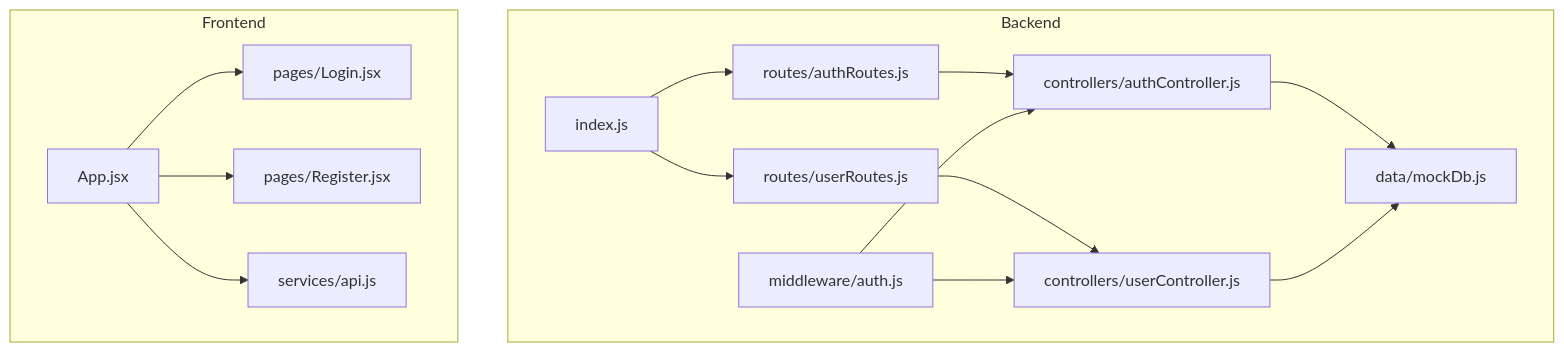
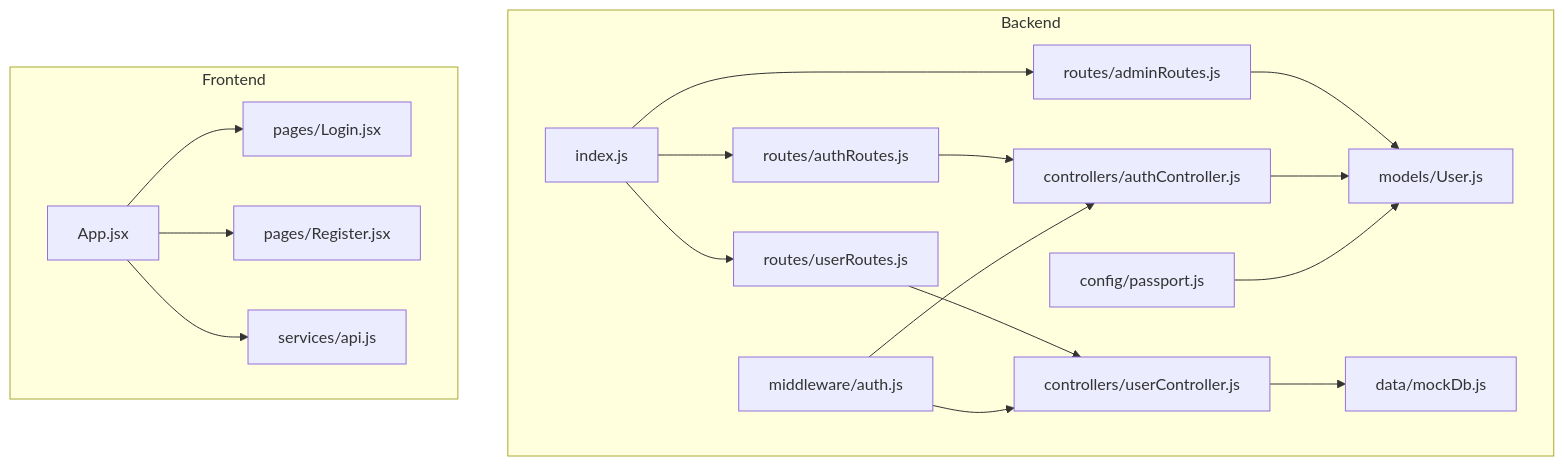
Before and after one commit to ganesh-NB/readsphere: the first of 8 diagrams in .qoder/repowiki/en/content/Authentication and Authorization/Authentication and Authorization.md, drawn with Mermaid. The commit also changed other lines of this file and 46 other files, not shown here.

````diff
--- a/.qoder/repowiki/en/content/Authentication and Authorization/Authentication and Authorization.md
+++ b/.qoder/repowiki/en/content/Authentication and Authorization/Authentication and Authorization.md
@@ -37,29 +50,35 @@
 ```mermaid
 graph TB
 subgraph "Backend"
 IDX["index.js"]
 AUTHCTRL["controllers/authController.js"]
 USERCTRL["controllers/userController.js"]
 AUTHMW["middleware/auth.js"]
 AUTHROUTES["routes/authRoutes.js"]
 USERRT["routes/userRoutes.js"]
+ADMINRT["routes/adminRoutes.js"]
+USERMODEL["models/User.js"]
+PASSPORT["config/passport.js"]
 MOCK["data/mockDb.js"]
 end
 subgraph "Frontend"
 APP["App.jsx"]
 LOGIN["pages/Login.jsx"]
 REGISTER["pages/Register.jsx"]
 API["services/api.js"]
 end
 IDX --> AUTHROUTES
 IDX --> USERRT
+IDX --> ADMINRT
 AUTHROUTES --> AUTHCTRL
 USERRT --> USERCTRL
-AUTHCTRL --> MOCK
+ADMINRT --> USERMODEL
+AUTHCTRL --> USERMODEL
 USERCTRL --> MOCK
 AUTHMW --> AUTHCTRL
 AUTHMW --> USERCTRL
+PASSPORT --> USERMODEL
 APP --> LOGIN
 APP --> REGISTER
 APP --> API
 ```
````
